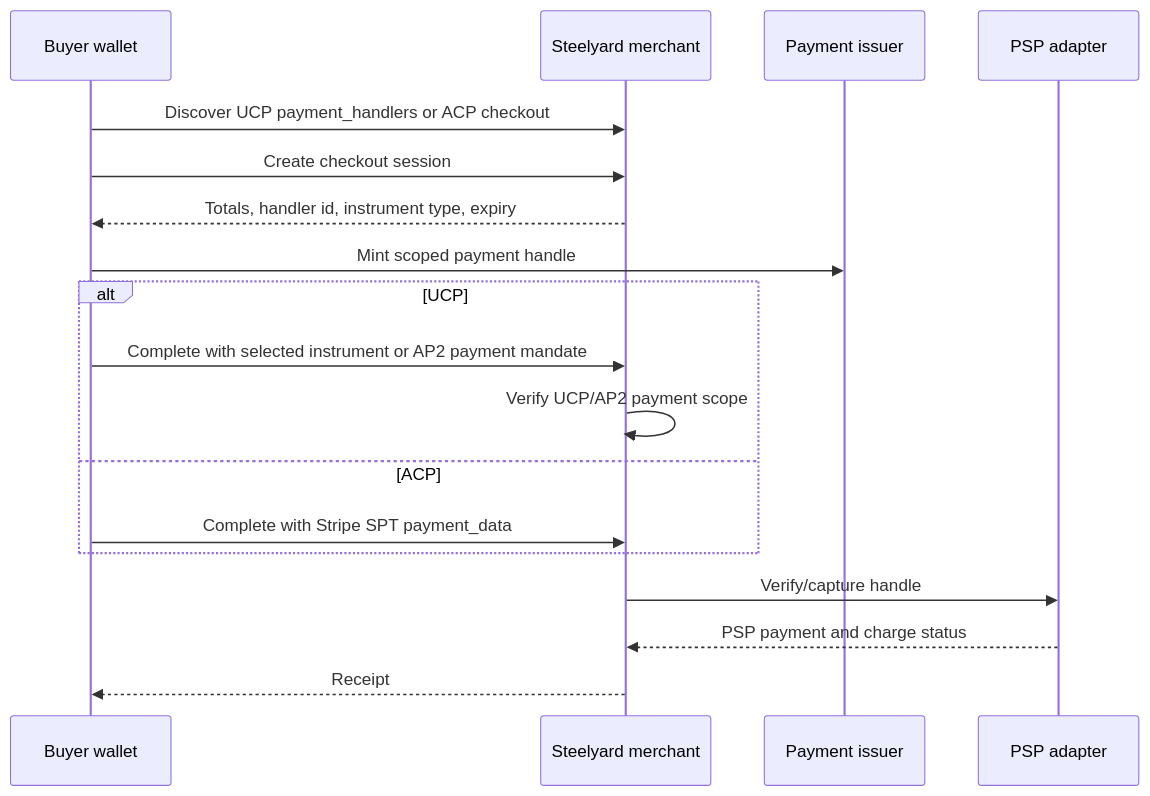
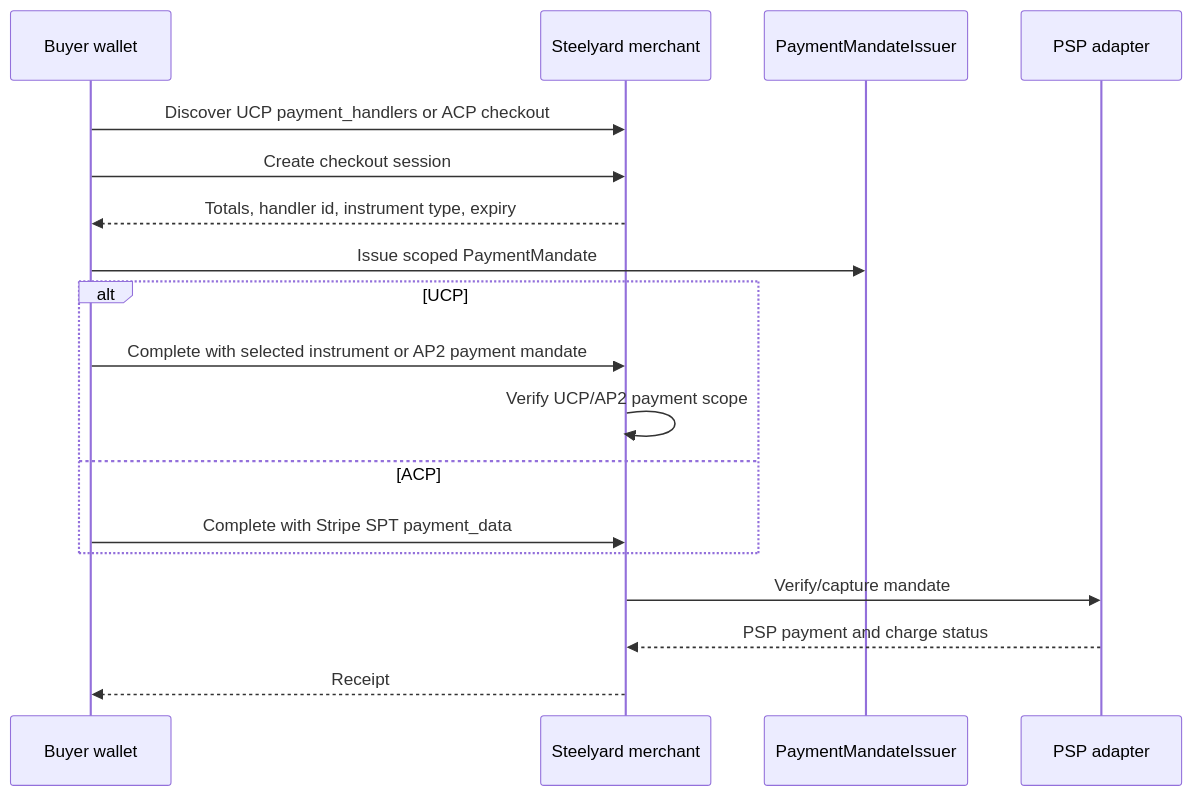
The diagram in docs/concepts/agentic-payment.md (steelyard-dev/steelyard-sdk), drawn with Mermaid before and after one commit. The commit also changed other lines of this file and 97 other files, not shown here.

Commit message:
refactor: standardize payment mandate naming

````diff
--- a/docs/concepts/agentic-payment.md
+++ b/docs/concepts/agentic-payment.md
@@ -22,21 +22,21 @@
 ```mermaid
 sequenceDiagram
   participant Buyer as Buyer wallet
   participant Merchant as Steelyard merchant
-  participant Issuer as Payment issuer
+  participant Issuer as PaymentMandateIssuer
   participant PSP as PSP adapter
 
   Buyer->>Merchant: Discover UCP payment_handlers or ACP checkout
   Buyer->>Merchant: Create checkout session
   Merchant-->>Buyer: Totals, handler id, instrument type, expiry
-  Buyer->>Issuer: Mint scoped payment handle
+  Buyer->>Issuer: Issue scoped PaymentMandate
   alt UCP
     Buyer->>Merchant: Complete with selected instrument or AP2 payment mandate
     Merchant->>Merchant: Verify UCP/AP2 payment scope
   else ACP
     Buyer->>Merchant: Complete with Stripe SPT payment_data
   end
-  Merchant->>PSP: Verify/capture handle
+  Merchant->>PSP: Verify/capture mandate
   PSP-->>Merchant: PSP payment and charge status
   Merchant-->>Buyer: Receipt
 ```
````
